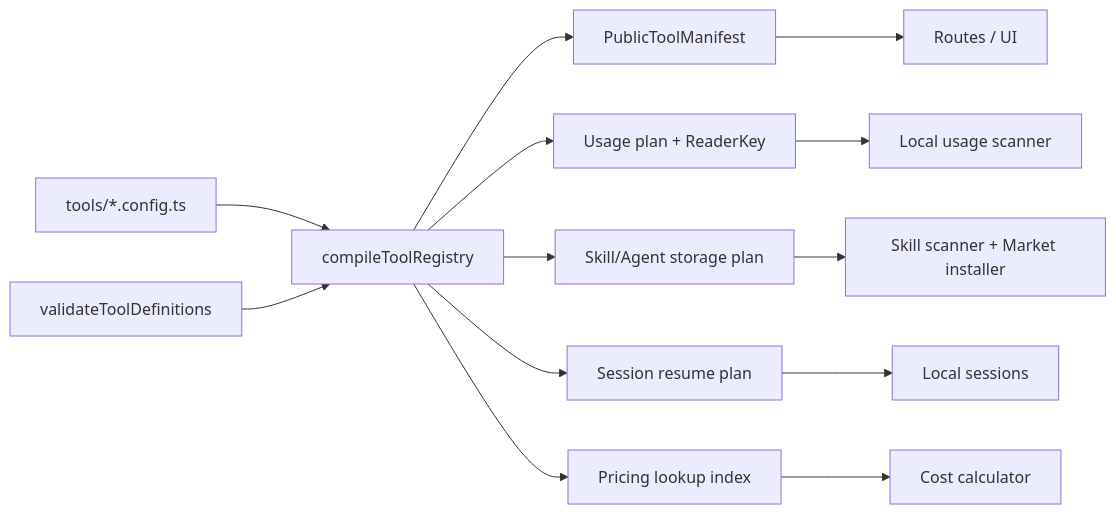
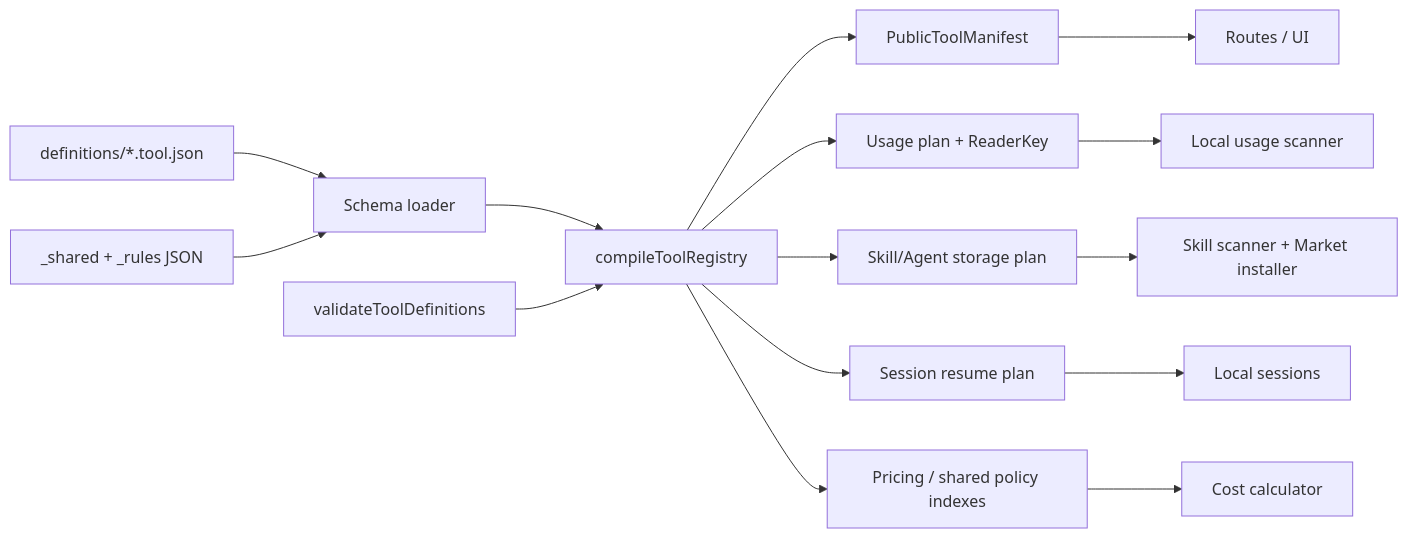
The diagram in docs/develop/architecture/TrustTools-AI工具模块化-架构设计文档.md (estelwalks/aitracker), drawn with Mermaid before and after one commit. The commit also changed other lines of this file and 107 other files, not shown here.

````diff
--- a/docs/develop/architecture/TrustTools-AI工具模块化-架构设计文档.md
+++ b/docs/develop/architecture/TrustTools-AI工具模块化-架构设计文档.md
@@ -166,15 +241,17 @@
 ```mermaid
 flowchart LR
-  C[tools/*.config.ts] --> R[compileToolRegistry]
+  C[definitions/*.tool.json] --> L[Schema loader]
+  G[_shared + _rules JSON] --> L
+  L --> R[compileToolRegistry]
   V[validateToolDefinitions] --> R
   R --> M[PublicToolManifest]
   R --> U[Usage plan + ReaderKey]
   R --> S[Skill/Agent storage plan]
   R --> Q[Session resume plan]
-  R --> P[Pricing lookup index]
+  R --> P[Pricing / shared policy indexes]
   M --> UI[Routes / UI]
   U --> SC[Local usage scanner]
   S --> SS[Skill scanner + Market installer]
   Q --> SR[Local sessions]
   P --> PC[Cost calculator]
 ```
````
